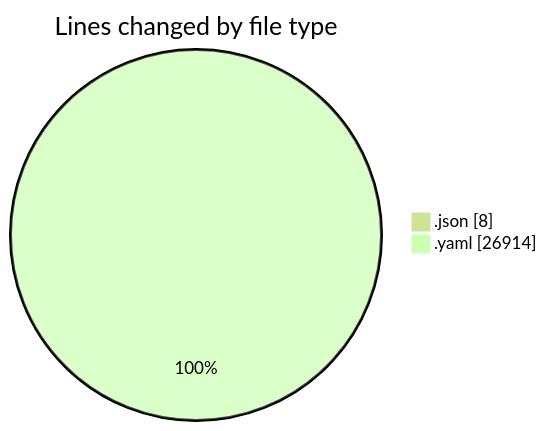
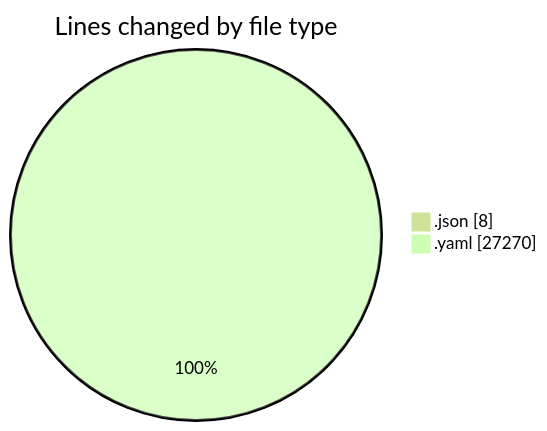
Before and after one commit to EIIisD/code-tracking: the first of 2 diagrams in 2025-08-27/reflect-parser/README.md, drawn with Mermaid (forest theme). The commit also changed other lines of this file and 1 other file, not shown here.

````diff
--- a/2025-08-27/reflect-parser/README.md
+++ b/2025-08-27/reflect-parser/README.md
@@ -21,6 +22,6 @@
 ```mermaid
 pie showData
 title Lines changed by file type
 ".json" : 8
-".yaml" : 26914
+".yaml" : 27270
 ```
````
